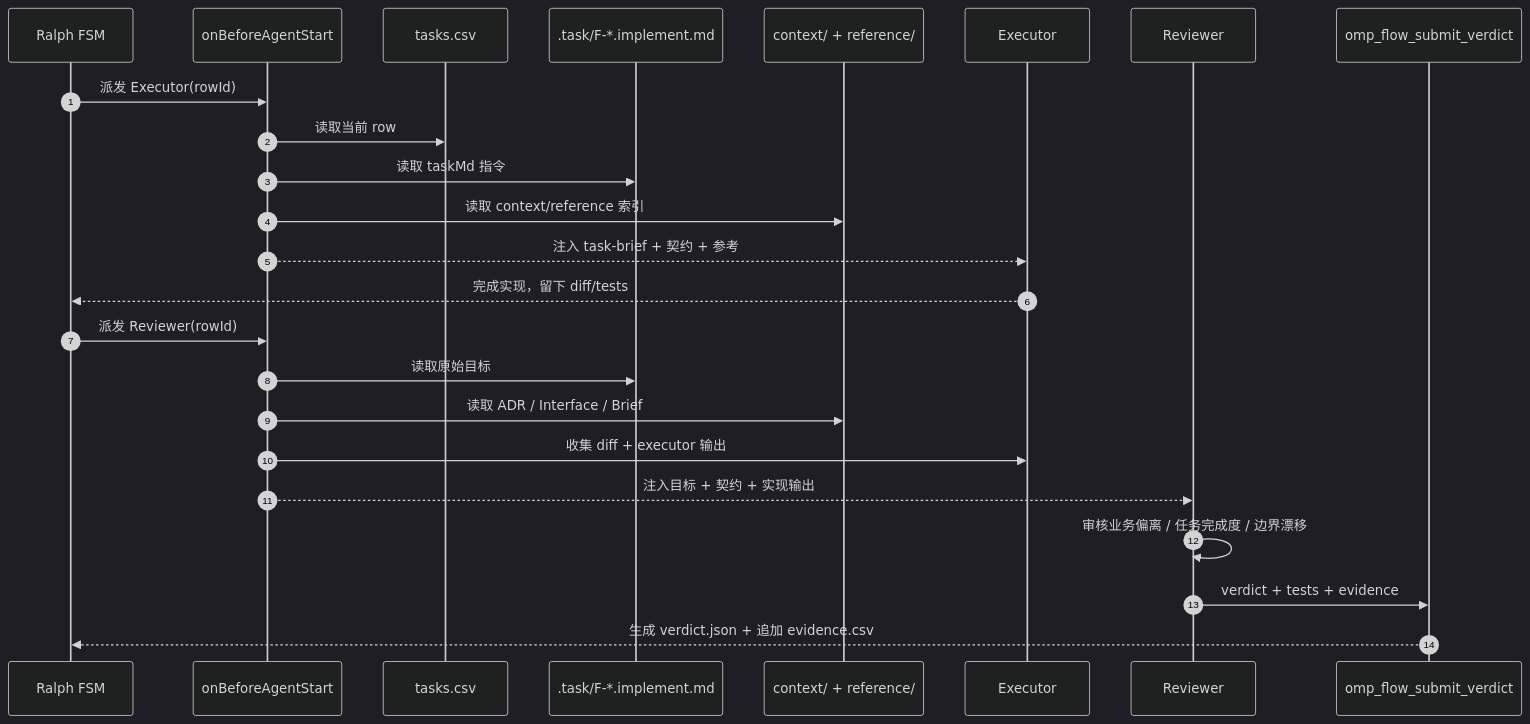
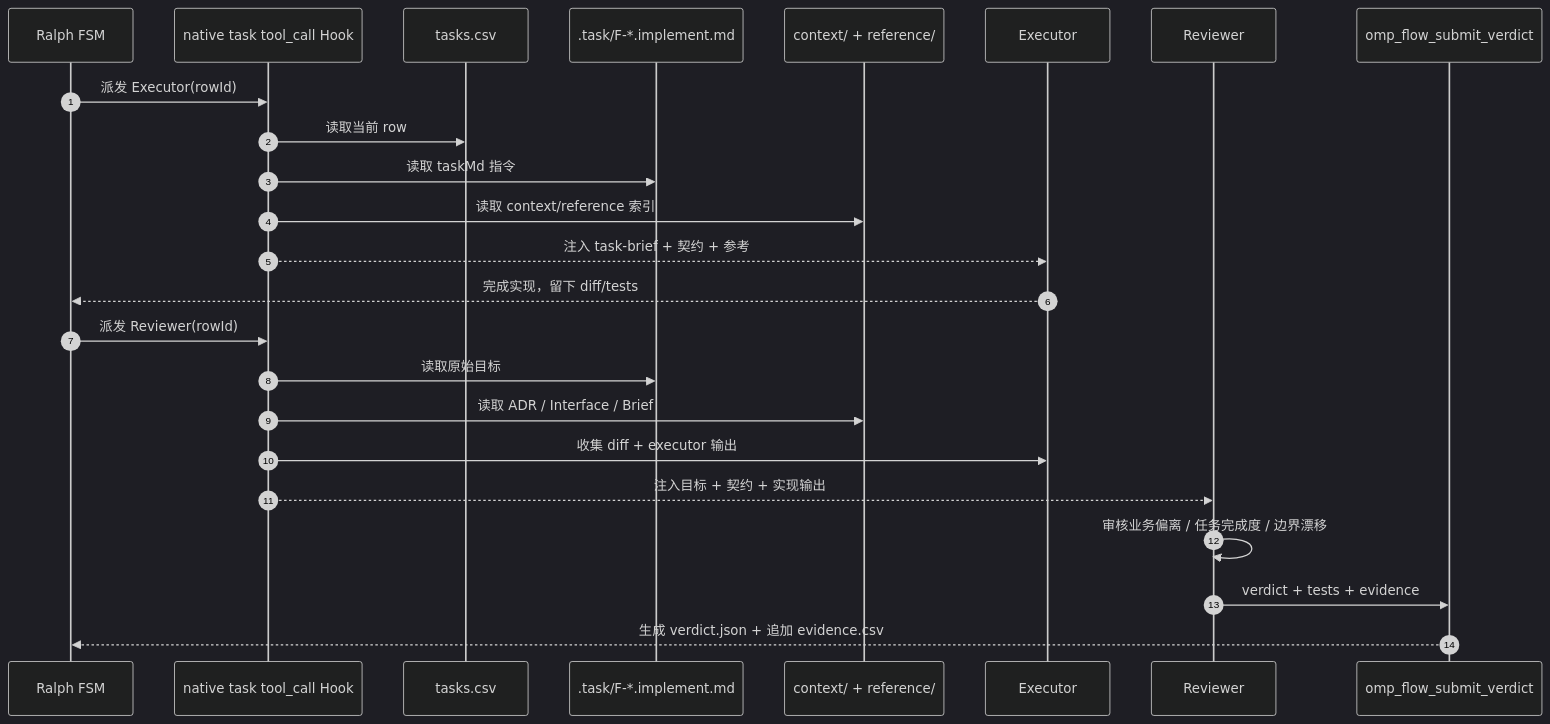
The third of 5 diagrams in README.md (Andyduck-ops/omp-flow), drawn with Mermaid (dark theme) before and after one commit. The commit also changed other lines of this file and 35 other files, not shown here.

Commit message:
Replace custom dispatch with native task handoff

````diff
--- a/README.md
+++ b/README.md
@@ -414,28 +418,28 @@
 ```mermaid
 sequenceDiagram
     autonumber
     participant FSM as Ralph FSM
-    participant Hook as onBeforeAgentStart
+    participant Hook as native task tool_call Hook
     participant CSV as tasks.csv
     participant TaskMd as .task/F-*.implement.md
     participant Ctx as context/ + reference/
     participant Exec as Executor
     participant Rev as Reviewer
     participant Tool as omp_flow_submit_verdict
 
     FSM->>Hook: 派发 Executor(rowId)
     Hook->>CSV: 读取当前 row
     Hook->>TaskMd: 读取 taskMd 指令
     Hook->>Ctx: 读取 context/reference 索引
     Hook-->>Exec: 注入 task-brief + 契约 + 参考
     Exec-->>FSM: 完成实现，留下 diff/tests
 
     FSM->>Hook: 派发 Reviewer(rowId)
     Hook->>TaskMd: 读取原始目标
     Hook->>Ctx: 读取 ADR / Interface / Brief
     Hook->>Exec: 收集 diff + executor 输出
     Hook-->>Rev: 注入目标 + 契约 + 实现输出
     Rev->>Rev: 审核业务偏离 / 任务完成度 / 边界漂移
     Rev->>Tool: verdict + tests + evidence
     Tool-->>FSM: 生成 verdict.json + 追加 evidence.csv
 ```
````
